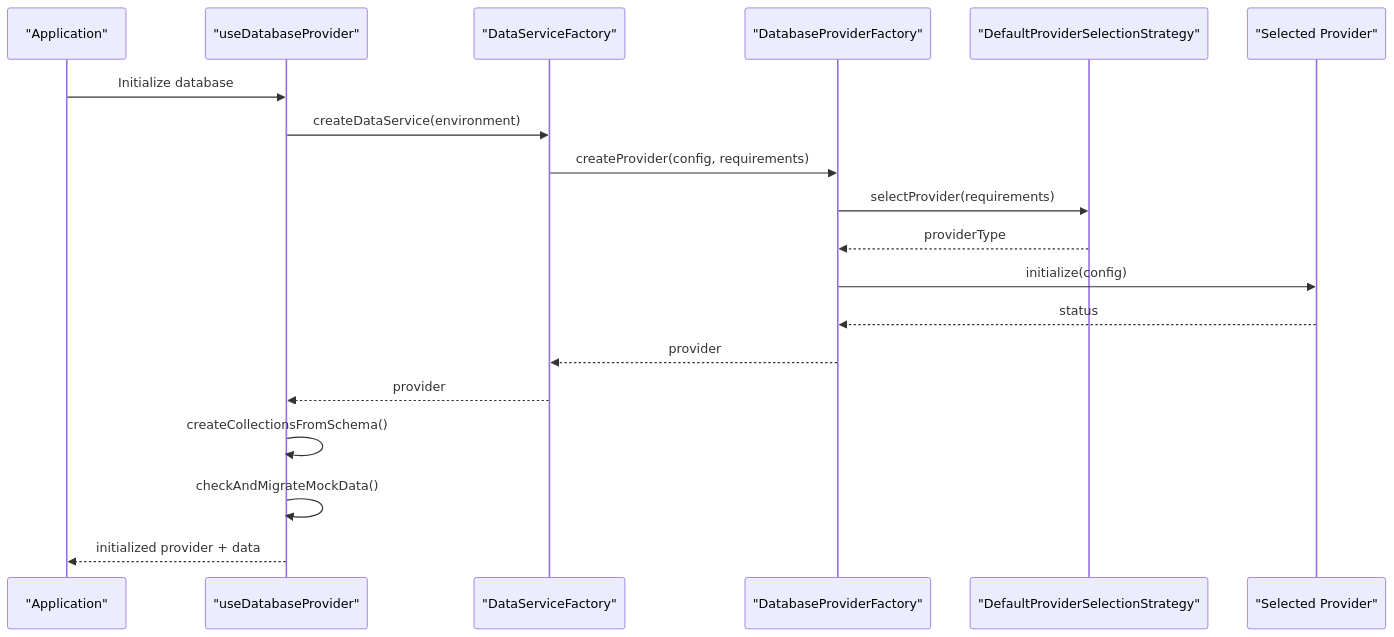
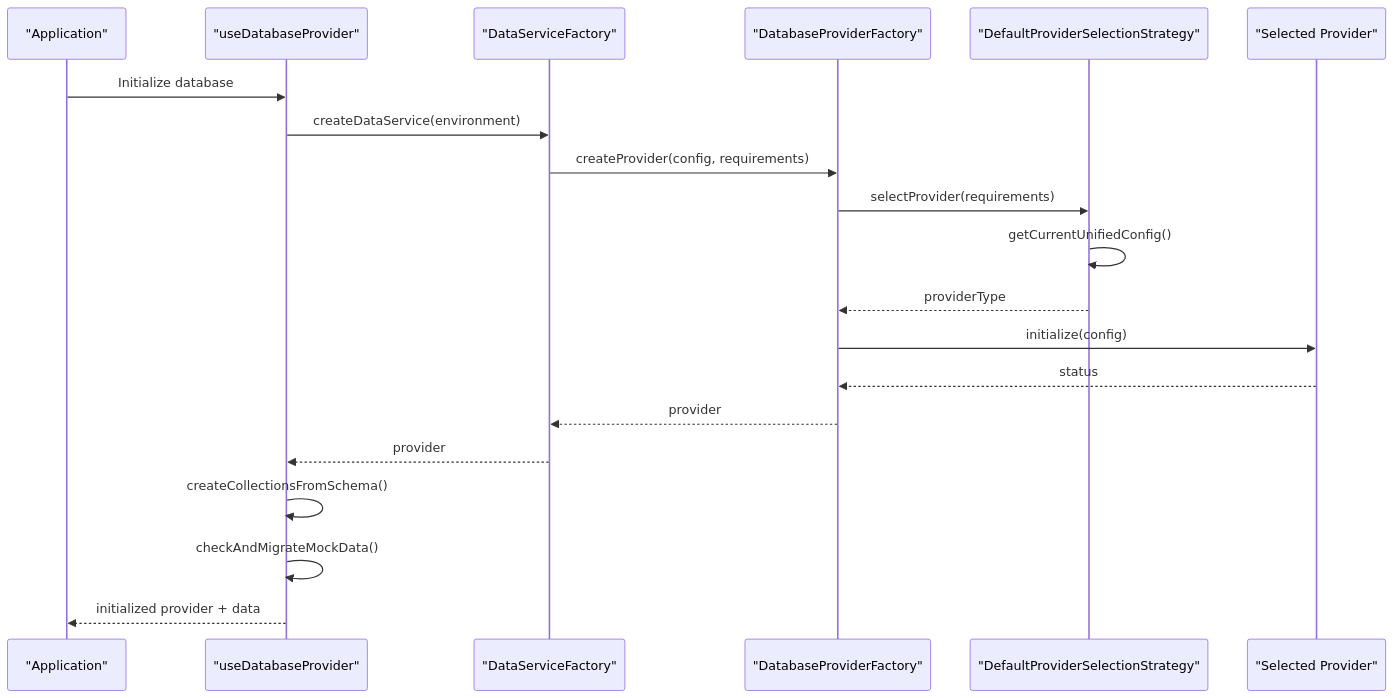
One commit to geniusdynamics/schoolpilot changed the second of 8 diagrams in .qoder/repowiki/en/content/Data Layer/Database Providers/Provider Selection & Factory.md. Above: the diagram before and after it, drawn with Mermaid. The commit also changed other lines of this file and 16 other files, not shown here.

````diff
--- a/.qoder/repowiki/en/content/Data Layer/Database Providers/Provider Selection & Factory.md
+++ b/.qoder/repowiki/en/content/Data Layer/Database Providers/Provider Selection & Factory.md
@@ -109,21 +124,22 @@
 ```mermaid
 sequenceDiagram
 participant App as "Application"
 participant Hook as "useDatabaseProvider"
 participant DSF as "DataServiceFactory"
 participant DPFF as "DatabaseProviderFactory"
 participant Strat as "DefaultProviderSelectionStrategy"
 participant Prov as "Selected Provider"
 App->>Hook : Initialize database
 Hook->>DSF : createDataService(environment)
 DSF->>DPFF : createProvider(config, requirements)
 DPFF->>Strat : selectProvider(requirements)
+Strat->>Strat : getCurrentUnifiedConfig()
 Strat-->>DPFF : providerType
 DPFF->>Prov : initialize(config)
 Prov-->>DPFF : status
 DPFF-->>DSF : provider
 DSF-->>Hook : provider
 Hook->>Hook : createCollectionsFromSchema()
 Hook->>Hook : checkAndMigrateMockData()
 Hook-->>App : initialized provider + data
 ```
````
